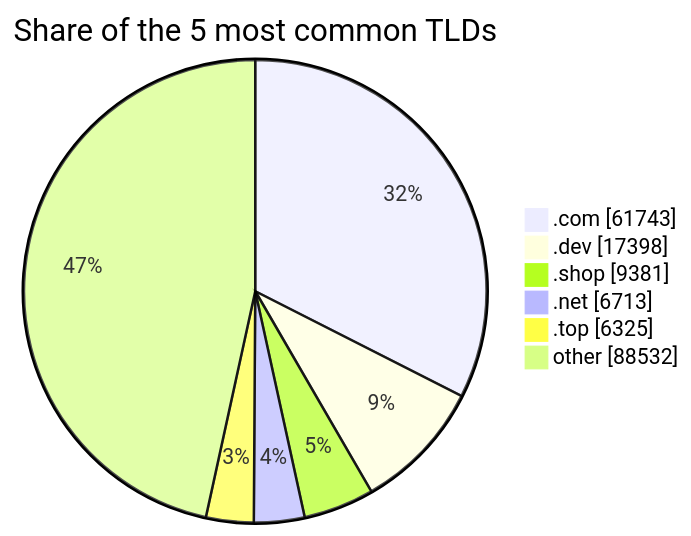
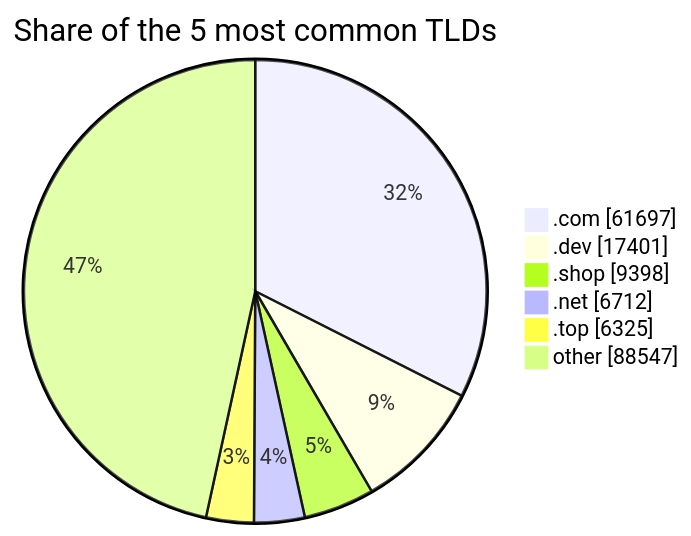
One commit to DNSBunker/CTI changed the third of 3 diagrams in README.md. Above: the diagram before and after it, drawn with Mermaid. The commit also changed other lines of this file and 3 other files, not shown here.

````diff
--- a/README.md
+++ b/README.md
@@ -81,9 +81,9 @@
 ```mermaid
 pie showData title Share of the 5 most common TLDs
-    ".com" : 61743
-    ".dev" : 17398
-    ".shop" : 9381
-    ".net" : 6713
+    ".com" : 61697
+    ".dev" : 17401
+    ".shop" : 9398
+    ".net" : 6712
     ".top" : 6325
-    "other" : 88532
+    "other" : 88547
 ```
````
